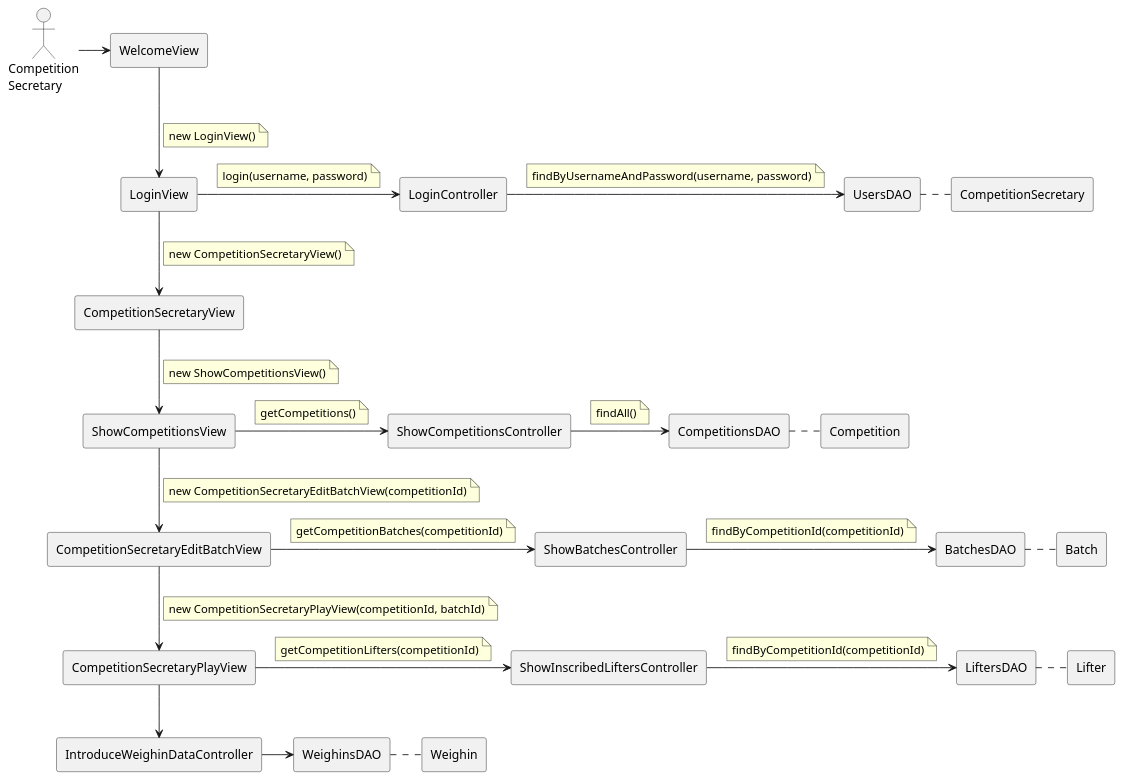
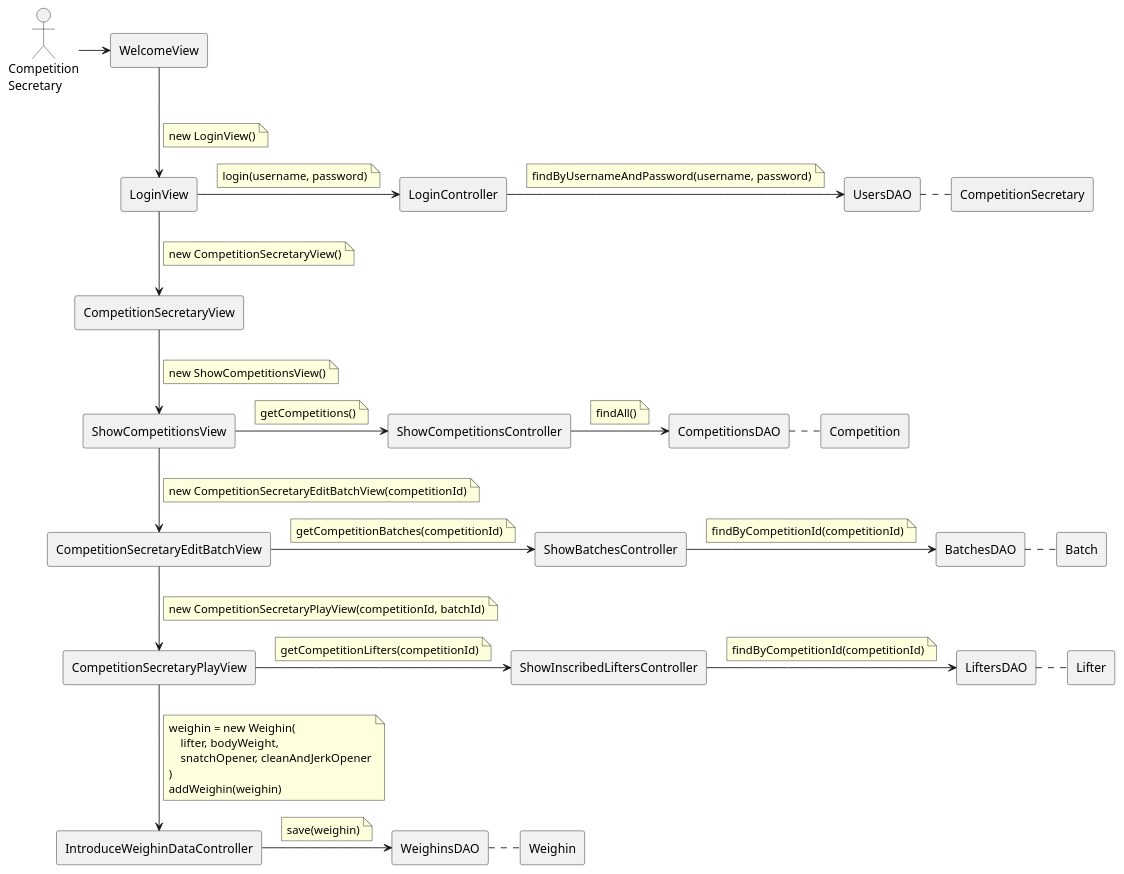
The diagram in documentation/diagrams/2_analysis/useCasesAnalysis/introduceWeighinData.puml (zuldare/mastercloud_pfm_halterocms), drawn with PlantUML before and after one commit.

```diff
--- a/documentation/diagrams/2_analysis/useCasesAnalysis/introduceWeighinData.puml
+++ b/documentation/diagrams/2_analysis/useCasesAnalysis/introduceWeighinData.puml
@@ -1,108 +1,120 @@
 @startuml
 actor user as "Competition\nSecretary"
 
 rectangle WelcomeView
 rectangle LoginView
 rectangle LoginController
 rectangle UsersDAO
 rectangle CompetitionSecretary
 
 rectangle CompetitionSecretaryView
 rectangle ShowCompetitionsView
 rectangle ShowCompetitionsController
 rectangle CompetitionsDAO
 rectangle Competition
 
 rectangle CompetitionSecretaryEditBatchView
 rectangle ShowBatchesController
 rectangle BatchesDAO
 rectangle Batch
 
 rectangle CompetitionSecretaryPlayView
 rectangle ShowInscribedLiftersController
 rectangle LiftersDAO
 rectangle Lifter
 rectangle IntroduceWeighinDataController
 rectangle WeighinsDAO
 rectangle Weighin
 
 user -right-> WelcomeView
 
 WelcomeView --> LoginView
 note on link
   new LoginView()
 end note
 
 LoginView -right-> LoginController
 note on link
   login(username, password)
 end note
 
 LoginController -right-> UsersDAO
 note on link
   findByUsernameAndPassword(username, password)
 end note
 
 UsersDAO .right. CompetitionSecretary
 
 LoginView --> CompetitionSecretaryView
 note on link
   new CompetitionSecretaryView()
 end note
 
 CompetitionSecretaryView --> ShowCompetitionsView
 note on link
   new ShowCompetitionsView()
 end note
 
 ShowCompetitionsView -right-> ShowCompetitionsController
 note on link
   getCompetitions()
 end note
 
 ShowCompetitionsController -right-> CompetitionsDAO
 note on link
   findAll()
 end note
 
 CompetitionsDAO .right. Competition
 
 ShowCompetitionsView --> CompetitionSecretaryEditBatchView
 note on link
   new CompetitionSecretaryEditBatchView(competitionId)
 end note
 
 CompetitionSecretaryEditBatchView -right-> ShowBatchesController
 note on link
   getCompetitionBatches(competitionId)
 end note
 
 ShowBatchesController -right-> BatchesDAO
 note on link
   findByCompetitionId(competitionId)
 end note
 
 BatchesDAO .right. Batch
 
 CompetitionSecretaryEditBatchView --> CompetitionSecretaryPlayView
 note on link
   new CompetitionSecretaryPlayView(competitionId, batchId)
 end note
 
 CompetitionSecretaryPlayView -right-> ShowInscribedLiftersController
 note on link
   getCompetitionLifters(competitionId)
 end note
 
 ShowInscribedLiftersController -right-> LiftersDAO
 note on link
   findByCompetitionId(competitionId)
 end note
 
 LiftersDAO .right. Lifter
 
 CompetitionSecretaryPlayView --> IntroduceWeighinDataController
+note on link
+  weighin = new Weighin(
+      lifter, bodyWeight, 
+      snatchOpener, cleanAndJerkOpener
+  )
+  addWeighin(weighin)
+end note
+
 IntroduceWeighinDataController -right-> WeighinsDAO
+note on link
+  save(weighin)
+end note
+
 WeighinsDAO .right. Weighin
 
 @enduml
```
